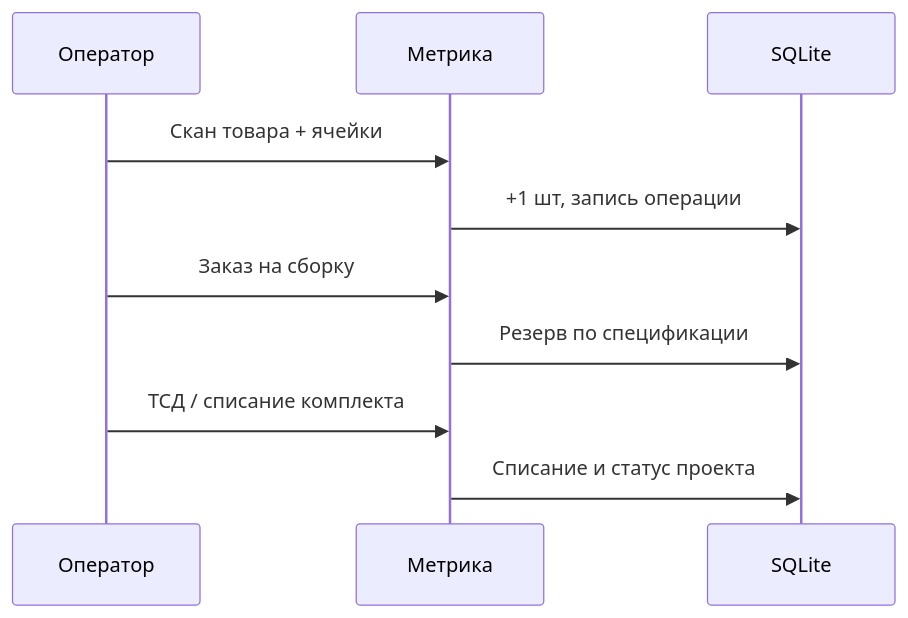
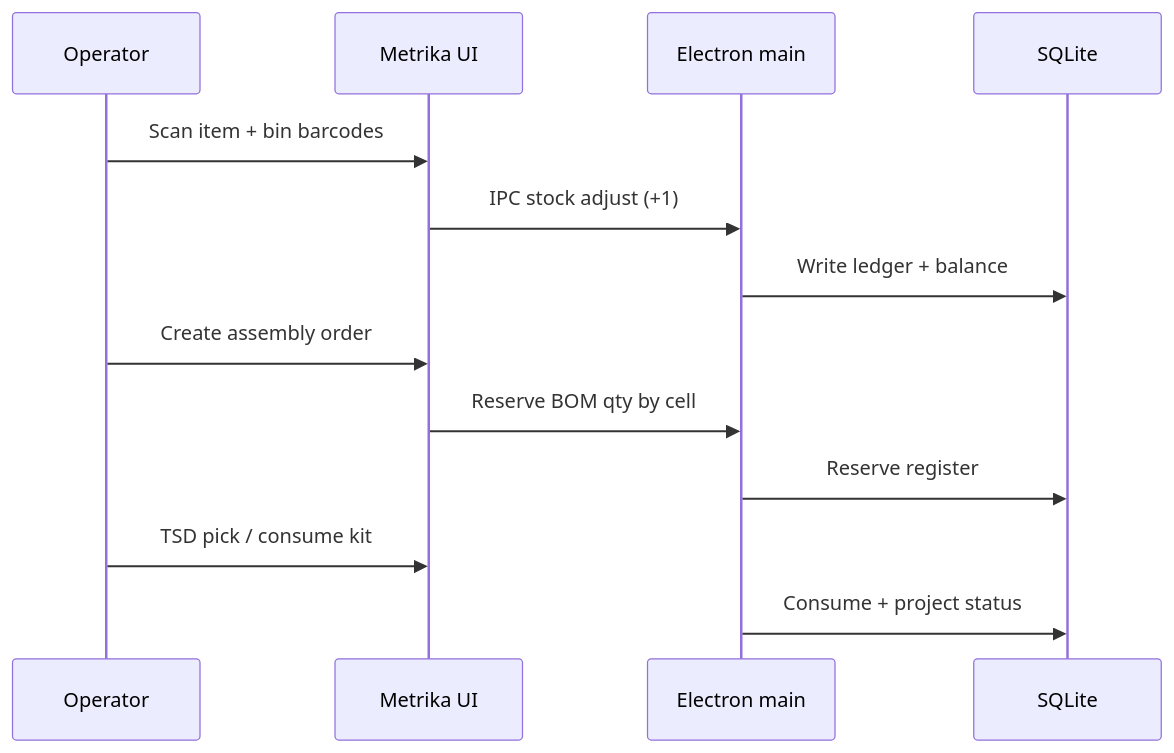
Before and after one commit to krwg/metrika: the second of 2 diagrams in README.md, drawn with Mermaid. The commit also changed other lines of this file and 9 other files, not shown here.

````diff
--- a/README.md
+++ b/README.md
@@ -92,13 +150,16 @@
 ```mermaid
 sequenceDiagram
-  participant Op as Оператор
-  participant UI as Метрика
+  participant Op as Operator
+  participant UI as Metrika UI
+  participant Main as Electron main
   participant DB as SQLite
 
-  Op->>UI: Скан товара + ячейки
-  UI->>DB: +1 шт, запись операции
-  Op->>UI: Заказ на сборку
-  UI->>DB: Резерв по спецификации
-  Op->>UI: ТСД / списание комплекта
-  UI->>DB: Списание и статус проекта
+  Op->>UI: Scan item + bin barcodes
+  UI->>Main: IPC stock adjust (+1)
+  Main->>DB: Write ledger + balance
+  Op->>UI: Create assembly order
+  UI->>Main: Reserve BOM qty by cell
+  Main->>DB: Reserve register
+  Op->>UI: TSD pick / consume kit
+  Main->>DB: Consume + project status
 ```
````
